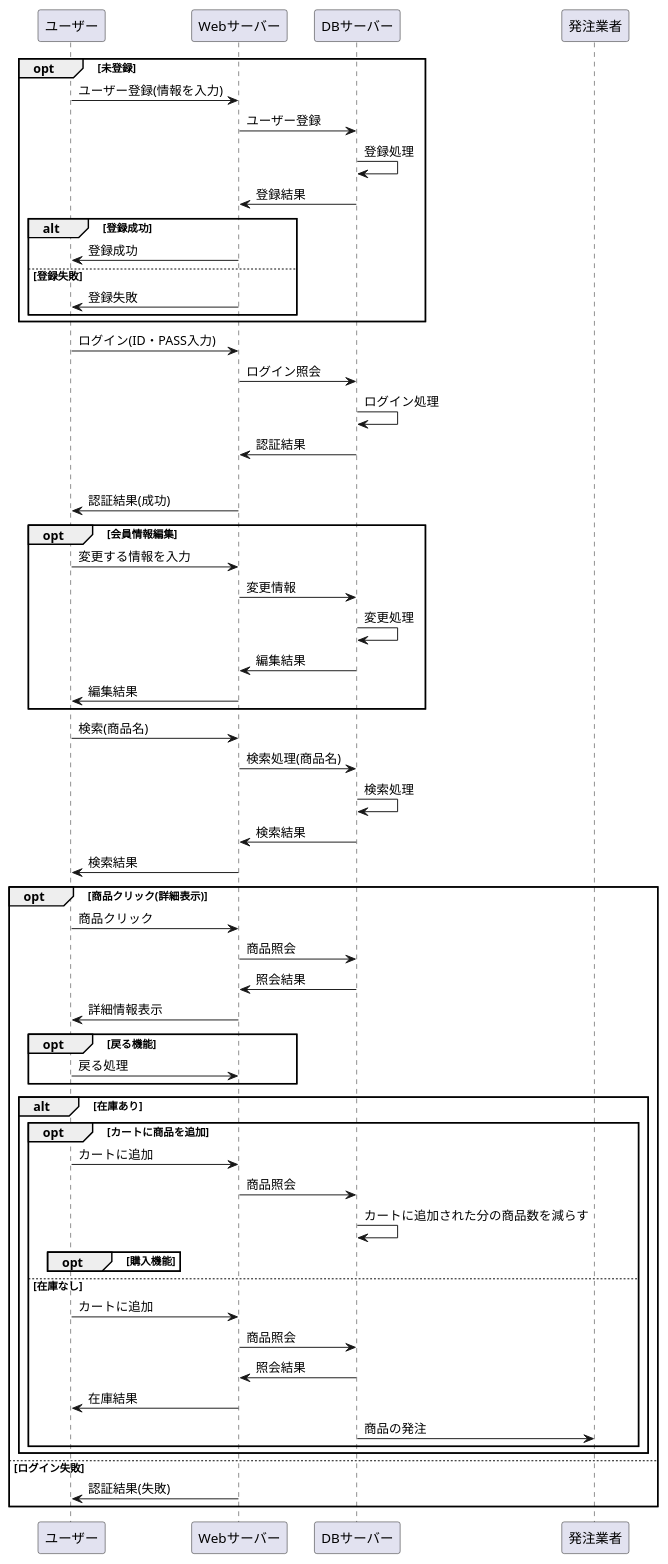
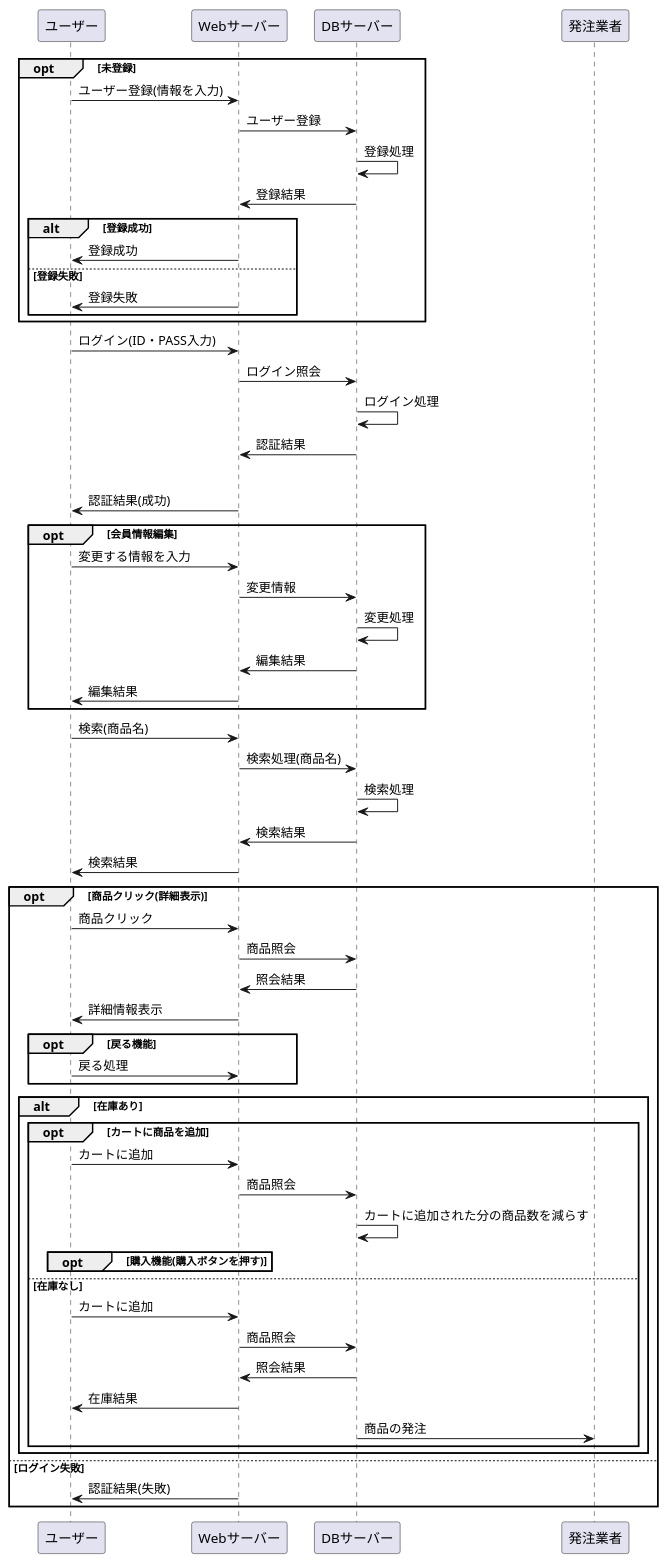
The diagram in 設計書/02_業務フロー/Business-Flow.md (Aso2001227/Aso-Sports-1), drawn with PlantUML before and after one commit.

````diff
--- a/設計書/02_業務フロー/Business-Flow.md
+++ b/設計書/02_業務フロー/Business-Flow.md
@@ -1,65 +1,66 @@
 ```uml
 @startuml
 opt 未登録
 ユーザー -> Webサーバー : ユーザー登録(情報を入力)
 Webサーバー -> DBサーバー : ユーザー登録
 DBサーバー -> DBサーバー : 登録処理
 DBサーバー -> Webサーバー : 登録結果
 
 alt 登録成功
 Webサーバー -> ユーザー : 登録成功
 else 登録失敗
 Webサーバー -> ユーザー : 登録失敗
 end
 end
 
 ユーザー -> Webサーバー : ログイン(ID・PASS入力)
 Webサーバー -> DBサーバー : ログイン照会
 DBサーバー -> DBサーバー : ログイン処理
 DBサーバー -> Webサーバー : 認証結果
 
 alt ログイン成功
 Webサーバー -> ユーザー : 認証結果(成功)
 
 opt 会員情報編集
 ユーザー -> Webサーバー : 変更する情報を入力
 Webサーバー -> DBサーバー :変更情報
 DBサーバー -> DBサーバー : 変更処理
 DBサーバー -> Webサーバー : 編集結果
 Webサーバー -> ユーザー : 編集結果
 end
 
 ユーザー -> Webサーバー : 検索(商品名)
 Webサーバー -> DBサーバー : 検索処理(商品名)
 DBサーバー -> DBサーバー : 検索処理
 DBサーバー -> Webサーバー : 検索結果
 Webサーバー -> ユーザー : 検索結果
 
 opt 商品クリック(詳細表示)
 ユーザー -> Webサーバー : 商品クリック
 Webサーバー -> DBサーバー : 商品照会
 DBサーバー -> Webサーバー : 照会結果
 Webサーバー -> ユーザー : 詳細情報表示
 opt 戻る機能
 ユーザー -> Webサーバー : 戻る処理
 end
 alt 在庫あり
 opt カートに商品を追加
 ユーザー -> Webサーバー : カートに追加
 Webサーバー -> DBサーバー : 商品照会
 DBサーバー -> DBサーバー : カートに追加された分の商品数を減らす
-opt 購入機能
+opt 購入機能(購入ボタンを押す)
+
 end
 else 在庫なし
 ユーザー -> Webサーバー : カートに追加
 Webサーバー -> DBサーバー : 商品照会
 DBサーバー -> Webサーバー : 照会結果
 Webサーバー -> ユーザー : 在庫結果
 DBサーバー -> 発注業者 : 商品の発注
 end
 end
 else ログイン失敗
 Webサーバー -> ユーザー : 認証結果(失敗)
 end
 @enduml
 ```
````
